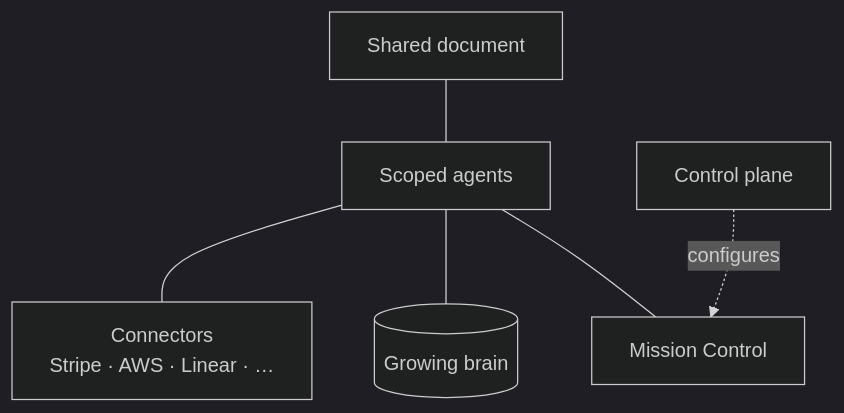
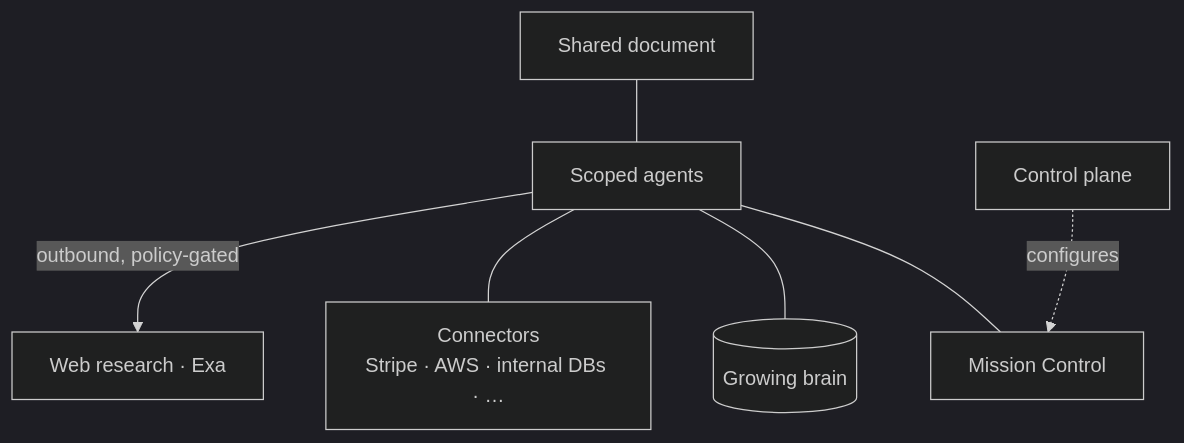
Before and after one commit to fractalboxdev/superai2026: the second of 2 diagrams in slides/slides.md, drawn with Mermaid (dark theme). The commit also changed other lines of this file and 1 other file, not shown here.

First line of the commit message:
Presentation: add Data Scientist persona + web research (Exa)

````diff
--- a/slides/slides.md
+++ b/slides/slides.md
@@ -151,8 +157,9 @@
 ```mermaid
 flowchart TD
     Doc[Shared document] --- Agents[Scoped agents]
     Agents --- MC[Mission Control]
     Agents --- Brain[(Growing brain)]
-    Agents --- Conn[Connectors<br/>Stripe · AWS · Linear · …]
+    Agents --- Conn[Connectors<br/>Stripe · AWS · internal DBs · …]
+    Agents -->|outbound, policy-gated| Web[Web research · Exa]
     CP[Control plane] -.configures.-> MC
 ```
````
